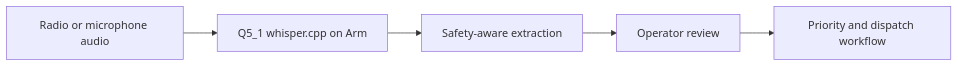
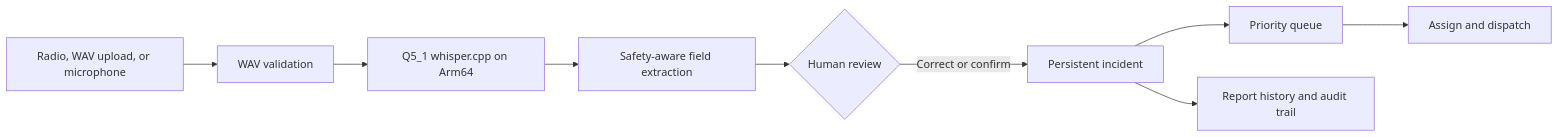
The first of 3 diagrams in README.md (Sai-Krishna99/reliefrelay), drawn with Mermaid before and after one commit. The commit also changed other lines of this file and 1 other file, not shown here.

````diff
--- a/README.md
+++ b/README.md
@@ -33,7 +44,11 @@
 ```mermaid
 flowchart LR
-    A[Radio or microphone audio] --> B[Q5_1 whisper.cpp on Arm]
-    B --> C[Safety-aware extraction]
-    C --> D[Operator review]
-    D --> E[Priority and dispatch workflow]
+    SENSOR[Radio, WAV upload, or microphone] --> VALIDATE[WAV validation]
+    VALIDATE --> WHISPER[Q5_1 whisper.cpp on Arm64]
+    WHISPER --> EXTRACT[Safety-aware field extraction]
+    EXTRACT --> REVIEW{Human review}
+    REVIEW -->|Correct or confirm| INCIDENT[Persistent incident]
+    INCIDENT --> PRIORITY[Priority queue]
+    PRIORITY --> DISPATCH[Assign and dispatch]
+    INCIDENT --> AUDIT[Report history and audit trail]
 ```
````
